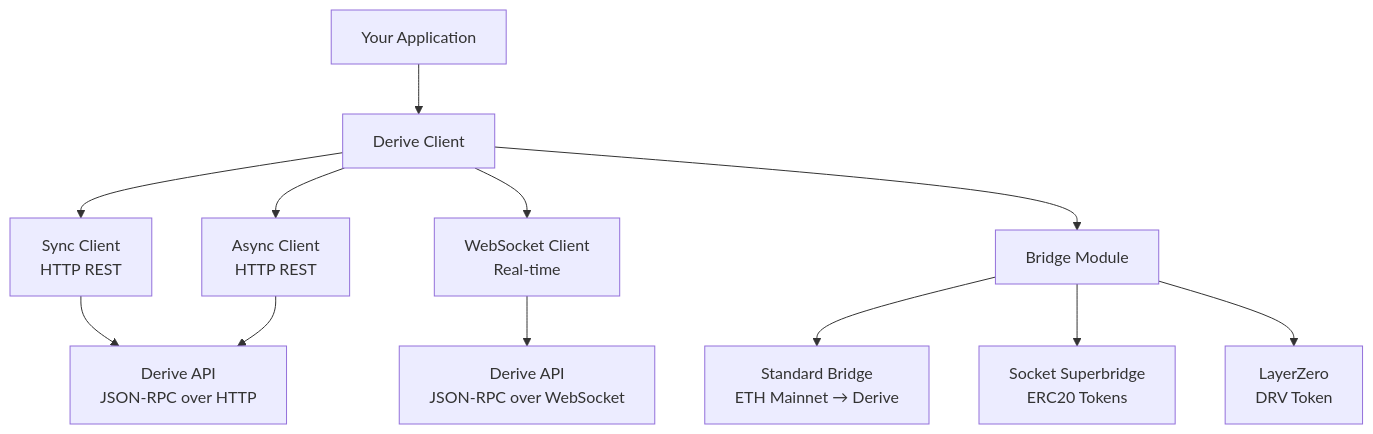
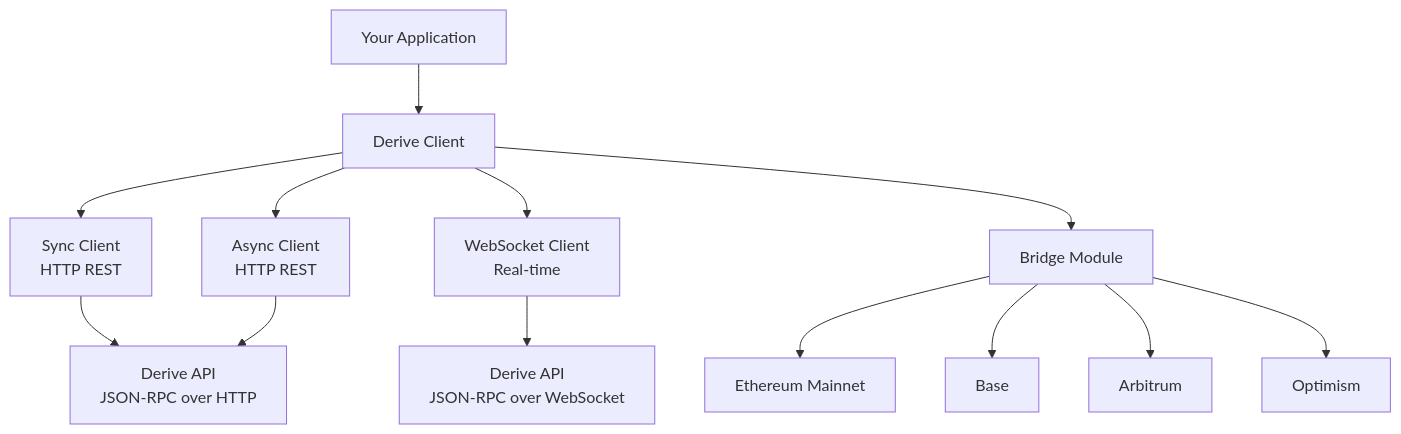
One commit to 8ball030/derive_client changed the diagram in docs/index.md. Above: the diagram before and after it, drawn with Mermaid. The commit also changed other lines of this file, not shown here.

````diff
--- a/docs/index.md
+++ b/docs/index.md
@@ -33,16 +35,17 @@
 ```mermaid
 graph TB
     A[Your Application] --> B[Derive Client]
     B --> C[Sync Client<br/>HTTP REST]
     B --> D[Async Client<br/>HTTP REST]
     B --> E[WebSocket Client<br/>Real-time]
     B --> F[Bridge Module]
 
     C --> G[Derive API<br/>JSON-RPC over HTTP]
     D --> G
     E --> H[Derive API<br/>JSON-RPC over WebSocket]
 
-    F --> I[Standard Bridge<br/>ETH Mainnet → Derive]
-    F --> J[Socket Superbridge<br/>ERC20 Tokens]
-    F --> K[LayerZero<br/>DRV Token]
+    F --> I[Ethereum Mainnet]
+    F --> J[Base]
+    F --> K[Arbitrum]
+    F --> L[Optimism]
 ```
````
